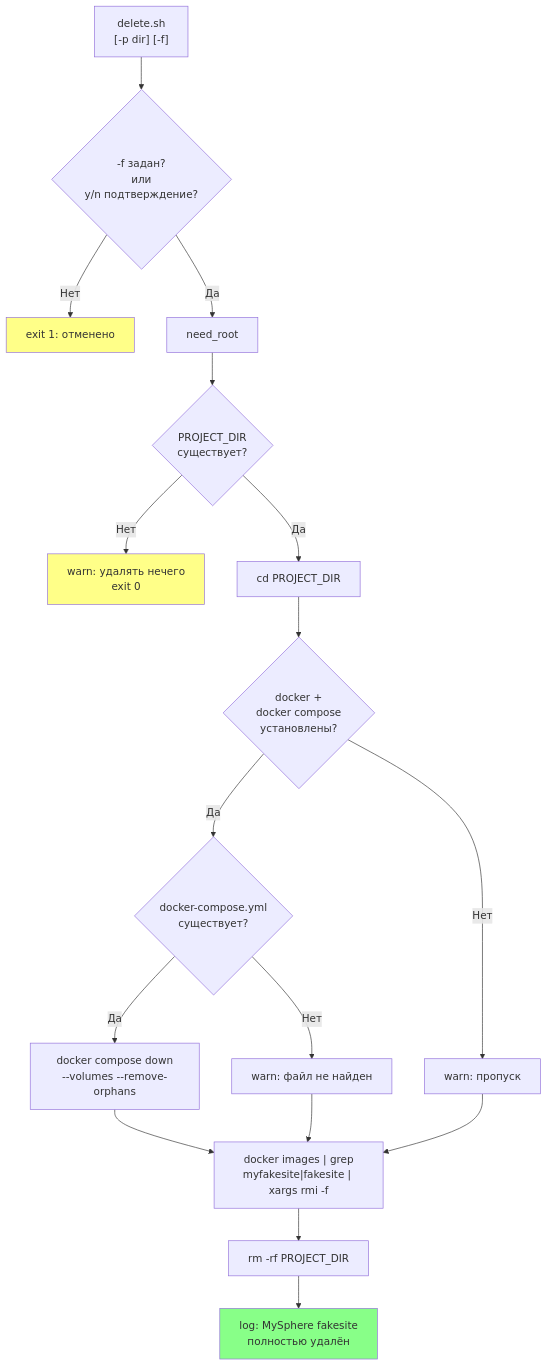
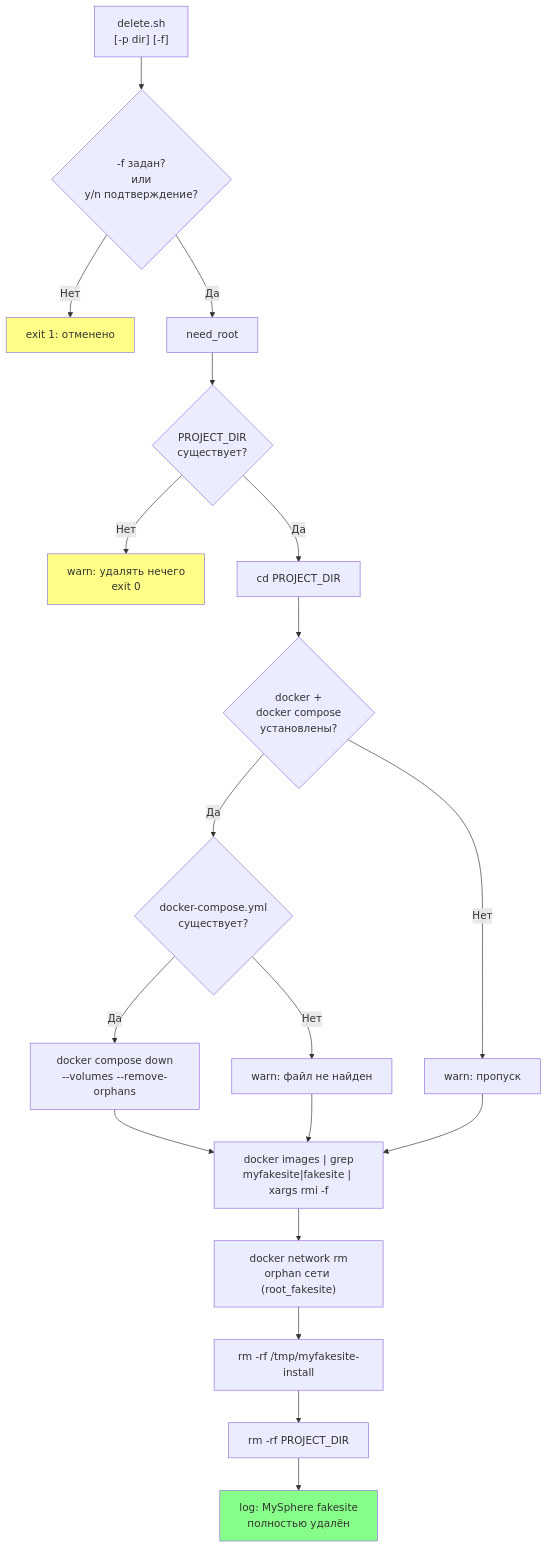
The eighth of 11 diagrams in docs/architecture.md (iqubik/myfakesite), drawn with Mermaid before and after one commit. The commit also changed other lines of this file, not shown here.

````diff
--- a/docs/architecture.md
+++ b/docs/architecture.md
@@ -243,32 +271,36 @@
 ```mermaid
 flowchart TD
   A["delete.sh\n[-p dir] [-f]"] --> Confirm{"-f задан?\nили\ny/n подтверждение?"}
 
   Confirm -->|Нет| ExitDel["exit 1: отменено"]
   Confirm -->|Да| RootD["need_root"]
 
   RootD --> DirCheckD{"PROJECT_DIR\nсуществует?"}
 
   DirCheckD -->|Нет| WarnD["warn: удалять нечего\nexit 0"]
   DirCheckD -->|Да| CdD["cd PROJECT_DIR"]
 
   CdD --> DockerCheckD{"docker +\ndocker compose\nустановлены?"}
 
   DockerCheckD -->|Нет| SkipDocker["warn: пропуск"]
   DockerCheckD -->|Да| ComposeYML{"docker-compose.yml\nсуществует?"}
 
   ComposeYML -->|Да| ComposeDown["docker compose down\n--volumes --remove-orphans"]
   ComposeYML -->|Нет| WarnNoYML["warn: файл не найден"]
 
   ComposeDown --> CleanImages
   WarnNoYML --> CleanImages
   SkipDocker --> CleanImages
 
-  CleanImages["docker images | grep\nmyfakesite|fakesite | xargs rmi -f"] --> RmDir["rm -rf PROJECT_DIR"]
+  CleanImages["docker images | grep\nmyfakesite|fakesite | xargs rmi -f"] --> CleanNetworks["docker network rm\norphan сети (root_fakesite)"]
+
+  CleanNetworks --> CleanTmp["rm -rf /tmp/myfakesite-install"]
+
+  CleanTmp --> RmDir["rm -rf PROJECT_DIR"]
 
   RmDir --> DoneD["log: MySphere fakesite\nполностью удалён"]
 
   style ExitDel fill:#ff8
   style WarnD fill:#ff8
   style DoneD fill:#8f8
 ```
````
